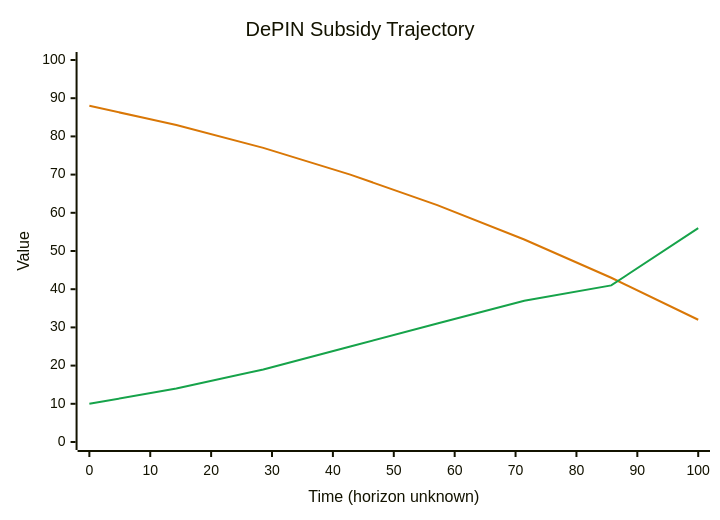
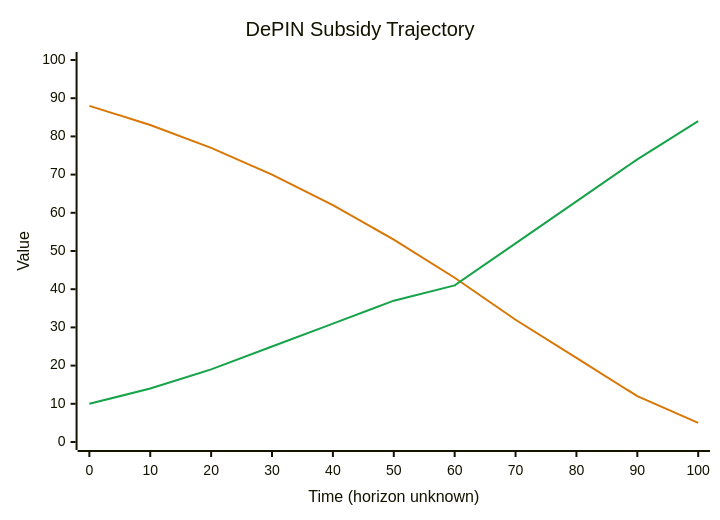
The fifth of 6 diagrams in README.md (KubeTEE-AI/kubetee-subnet), drawn with Mermaid before and after one commit. The commit also changed 1 other file, not shown here.

Commit message:
docs(subnet): extend DePIN Subsidy Trajectory to the end of the graph
Extend both chart series (README + TOKENOMICS) from 8 to 11 points so the
full trajectory is drawn out to the end of the graph: the emission subsidy
continues decaying toward near-zero (…32, 22, 12, 5) while consumption
revenue keeps rising (…52, 63, 74, 84). The crossover stays later
(between points 6 and 7) as before; the added points just extend the
lines through and past it to the right edge.

````diff
--- a/README.md
+++ b/README.md
@@ -494,14 +494,14 @@
 ```mermaid
 ---
 config:
   themeVariables:
     xyChart:
       plotColorPalette: '#D97706, #16A34A'
 ---
 xychart-beta
     title "DePIN Subsidy Trajectory"
     x-axis "Time (horizon unknown)" 0 --> 100
     y-axis "Value" 0 --> 100
-    line "Emission subsidy" [88, 83, 77, 70, 62, 53, 43, 32]
-    line "Consumption revenue" [10, 14, 19, 25, 31, 37, 41, 56]
+    line "Emission subsidy" [88, 83, 77, 70, 62, 53, 43, 32, 22, 12, 5]
+    line "Consumption revenue" [10, 14, 19, 25, 31, 37, 41, 52, 63, 74, 84]
 ```
````
